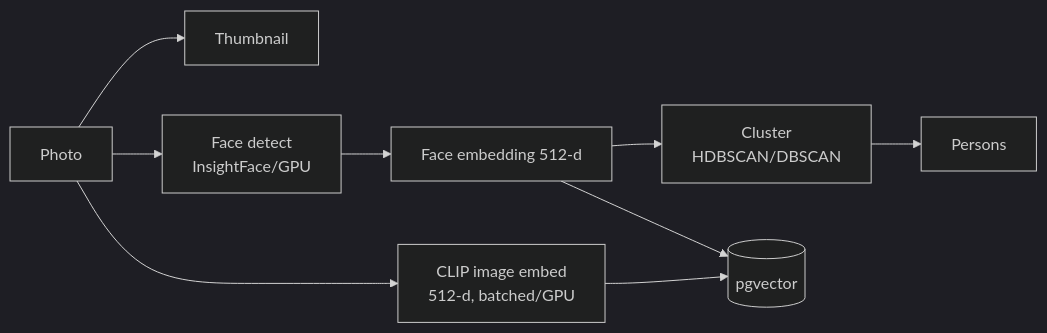
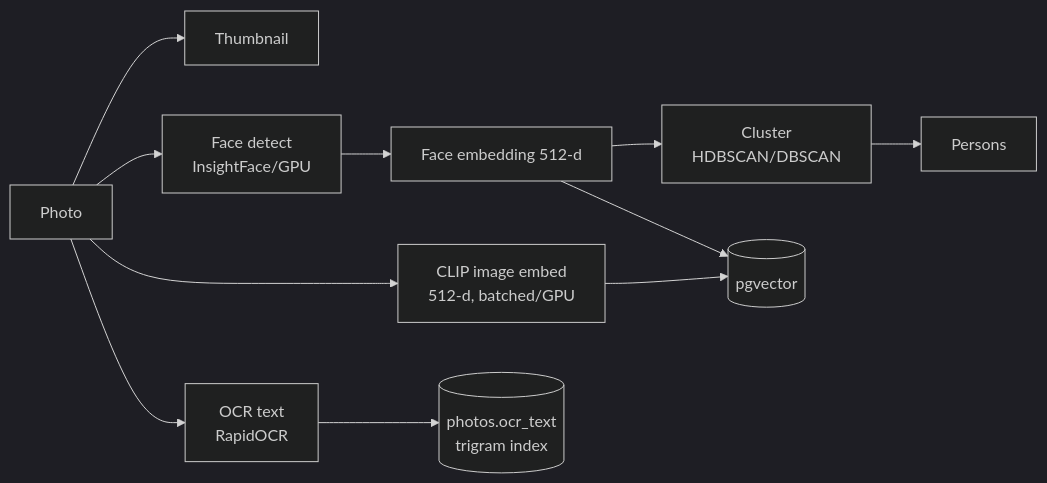
One commit to RamSinghKarki/Photos_App changed the first of 2 diagrams in docs/AI_PIPELINE.md. Above: the diagram before and after it, drawn with Mermaid (dark theme). The commit also changed other lines of this file and 14 other files, not shown here.

First line of the commit message:
feat(ocr): offline OCR text extraction, merged into unified search

````diff
--- a/docs/AI_PIPELINE.md
+++ b/docs/AI_PIPELINE.md
@@ -10,11 +10,13 @@
 ```mermaid
 flowchart LR
     IMG[Photo] --> TH[Thumbnail]
     IMG --> FD[Face detect<br/>InsightFace/GPU]
     FD --> FE[Face embedding 512-d]
     FE --> CL[Cluster<br/>HDBSCAN/DBSCAN]
     CL --> PPL[Persons]
     IMG --> CE[CLIP image embed<br/>512-d, batched/GPU]
+    IMG --> OCR[OCR text<br/>RapidOCR]
     CE --> VDB[(pgvector)]
     FE --> VDB
+    OCR --> KBT[(photos.ocr_text<br/>trigram index)]
 ```
````
